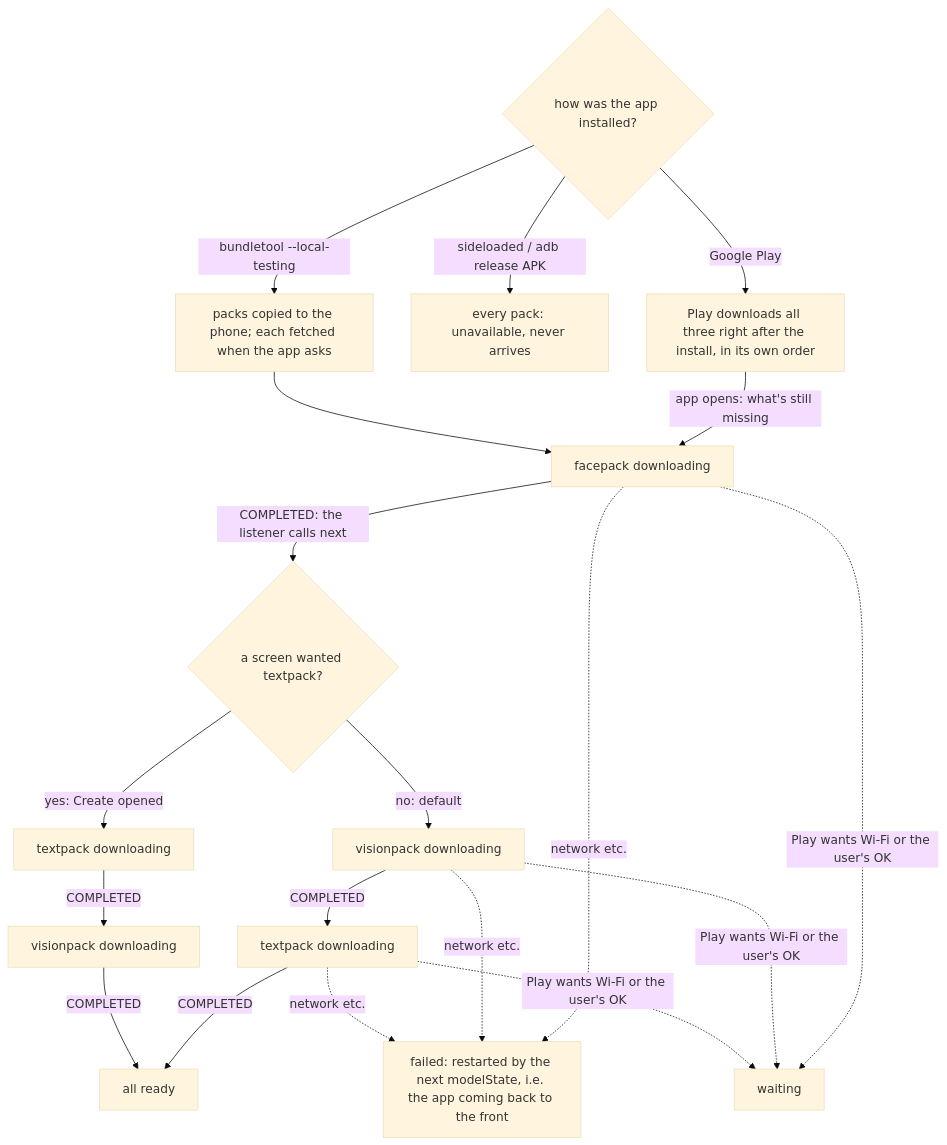
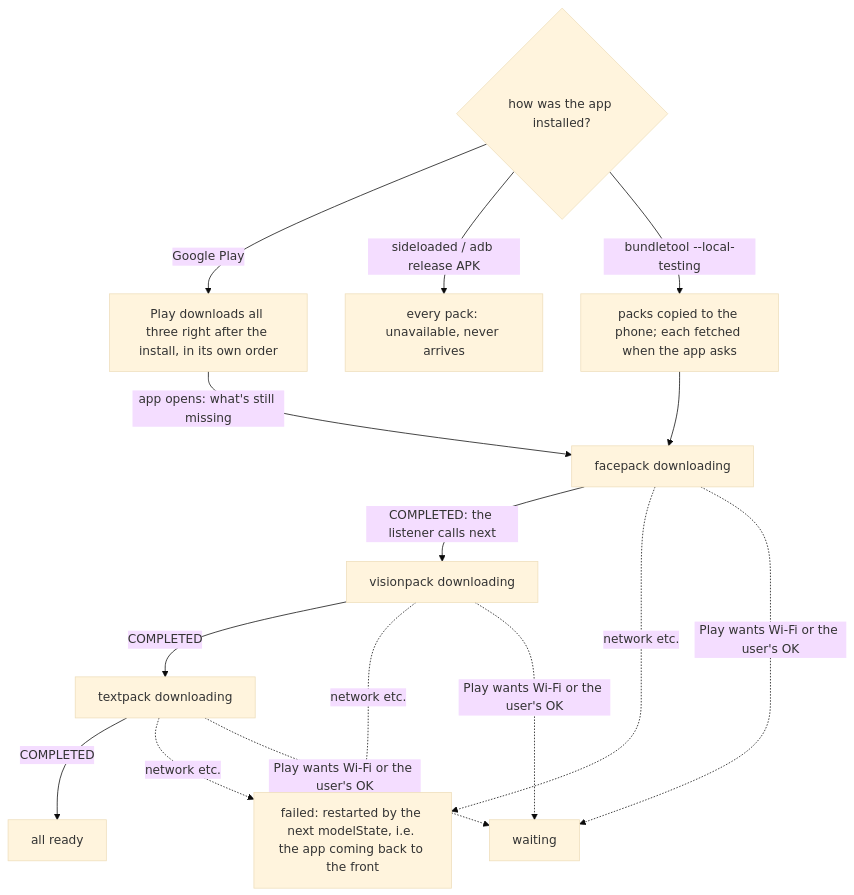
The first of 2 diagrams in MODELS.md (kerembay9/daydump-app), drawn with Mermaid (base theme) before and after one commit. The commit also changed other lines of this file and 16 other files, not shown here.

````diff
--- a/MODELS.md
+++ b/MODELS.md
@@ -66,16 +67,13 @@
 ```mermaid
 flowchart TD
   INST{how was the app installed?} -->|Google Play| FF[Play downloads all three right after the install, in its own order]
   INST -->|sideloaded / adb release APK| UNAV[every pack: unavailable, never arrives]
   INST -->|bundletool --local-testing| LT[packs copied to the phone; each fetched when the app asks]
   FF -->|app opens: what's still missing| F
   LT --> F[facepack downloading]
-  F -->|COMPLETED: the listener calls next| W{a screen wanted textpack?}
-  W -->|no: default| V[visionpack downloading]
-  W -->|yes: Create opened| T2[textpack downloading]
+  F -->|COMPLETED: the listener calls next| V[visionpack downloading]
   V -->|COMPLETED| T[textpack downloading]
-  T2 -->|COMPLETED| V2[visionpack downloading]
-  T & V2 -->|COMPLETED| DONE[all ready]
+  T -->|COMPLETED| DONE[all ready]
   F & V & T -.->|network etc.| FAILED[failed: restarted by the next modelState, i.e. the app coming back to the front]
   F & V & T -.->|Play wants Wi-Fi or the user's OK| WAIT[waiting]
 ```
````
